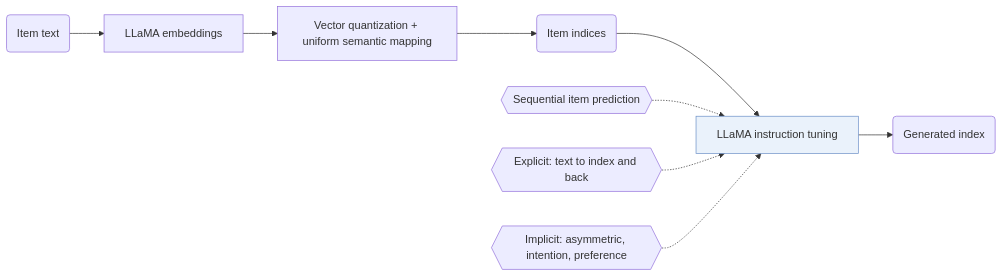
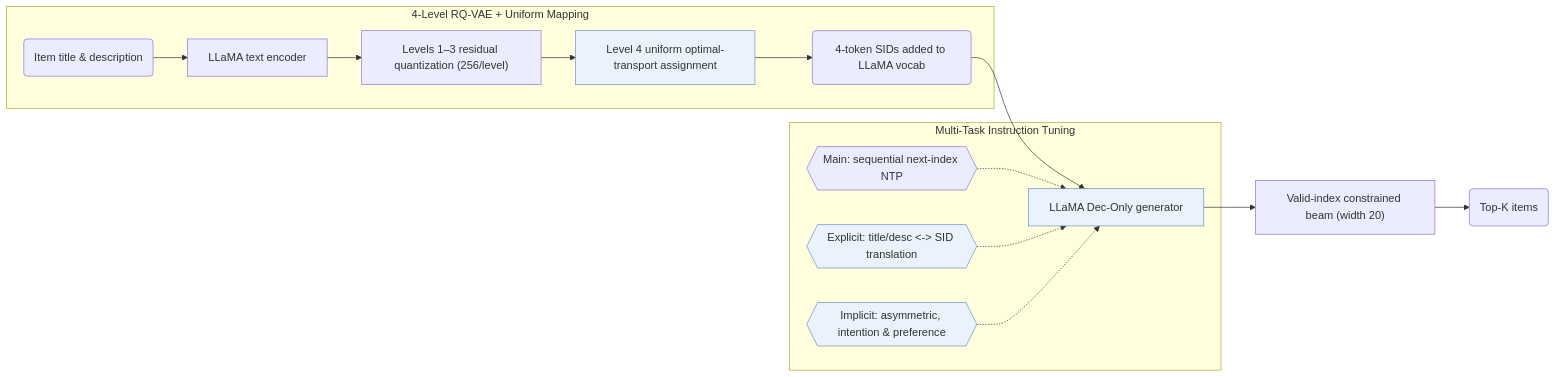
Before and after one commit to Galaxy-ghost/Awesome-SID-Generative-Rec: the diagram in notes/lc-rec.md, drawn with Mermaid. The commit also changed other lines of this file and 649 other files, not shown here.

Commit message:
writer-05: also tags and modality index (schema, check, build, visuals); summary field removed; calibration data for 12 papers

````diff
--- a/notes/lc-rec.md
+++ b/notes/lc-rec.md
@@ -13,12 +14,17 @@
 ```mermaid
 flowchart LR
-    A("Item text") --> B["LLaMA embeddings"]
-    B --> C["Vector quantization + uniform semantic mapping"]
-    C --> D("Item indices")
-    D --> E["LLaMA instruction tuning"]:::key
-    L1{{"Sequential item prediction"}} -.-> E
-    L2{{"Explicit: text to index and back"}} -.-> E
-    L3{{"Implicit: asymmetric, intention, preference"}} -.-> E
-    E --> F("Generated index")
+    subgraph Tok["4-Level RQ-VAE + Uniform Mapping"]
+        A("Item title & description") --> B["LLaMA text encoder"]
+        B --> C["Levels 1–3 residual quantization (256/level)"]
+        C --> U["Level 4 uniform optimal-transport assignment"]:::key
+        U --> D("4-token SIDs added to LLaMA vocab")
+    end
+    subgraph Align["Multi-Task Instruction Tuning"]
+        D --> E["LLaMA Dec-Only generator"]:::key
+        L1{{"Main: sequential next-index NTP"}} -.-> E
+        L2{{"Explicit: title/desc <-> SID translation"}}:::key -.-> E
+        L3{{"Implicit: asymmetric, intention & preference"}}:::key -.-> E
+    end
+    E --> G["Valid-index constrained beam (width 20)"] --> F("Top-K items")
     classDef key fill:#eaf2fb,stroke:#6b8fc7
 ```
````
